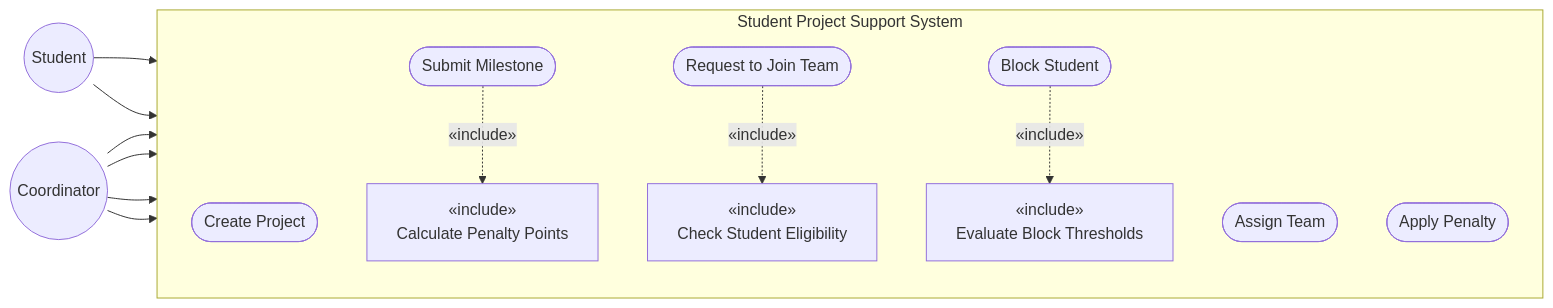
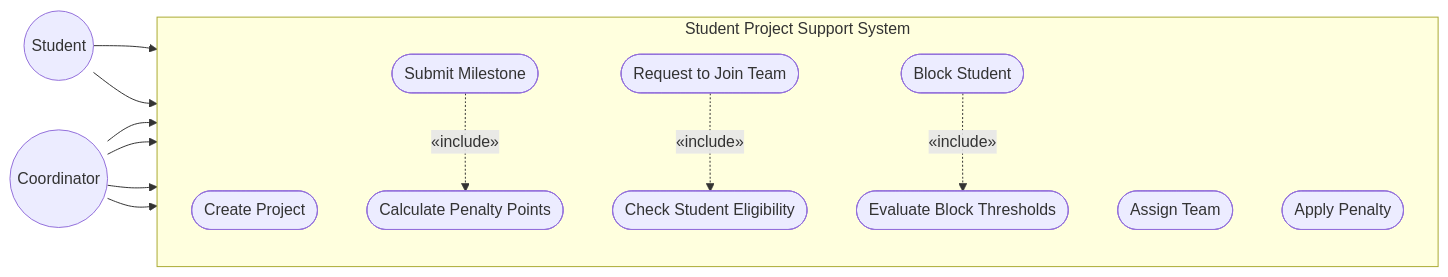
One commit to stanko-dev/library-management-system changed the diagram in docs/diagrams/use-case.md. Above: the diagram before and after it, drawn with Mermaid. The commit also changed 1 other file, not shown here.

Commit message:
docs: README.md diagrams update :)

````diff
--- a/docs/diagrams/use-case.md
+++ b/docs/diagrams/use-case.md
@@ -8,37 +8,37 @@
 ```mermaid
-graph LR
+flowchart LR
     %% ── Actors ──────────────────────────────────────────────────────
     Student(("Student"))
     Coordinator(("Coordinator"))
 
     %% ── System boundary ─────────────────────────────────────────────
     subgraph SPSS ["Student Project Support System"]
         direction TB
 
         UC1(["Create Project"])
         UC2(["Assign Team"])
         UC3(["Submit Milestone"])
         UC4(["Request to Join Team"])
         UC5(["Apply Penalty"])
         UC6(["Block Student"])
 
         %% ── «include» relationships ─────────────────────────────────
-        CAL["«include»\nCalculate Penalty Points"]
-        CHK["«include»\nCheck Student Eligibility"]
-        EVL["«include»\nEvaluate Block Thresholds"]
+        CAL(["Calculate Penalty Points"])
+        CHK(["Check Student Eligibility"])
+        EVL(["Evaluate Block Thresholds"])
 
         UC3 -.->|«include»| CAL
         UC4 -.->|«include»| CHK
         UC6 -.->|«include»| EVL
     end
 
     %% ── Student associations ─────────────────────────────────────────
     Student --> UC3
     Student --> UC4
 
     %% ── Coordinator associations ─────────────────────────────────────
     Coordinator --> UC1
     Coordinator --> UC2
     Coordinator --> UC5
     Coordinator --> UC6
 ```
````
